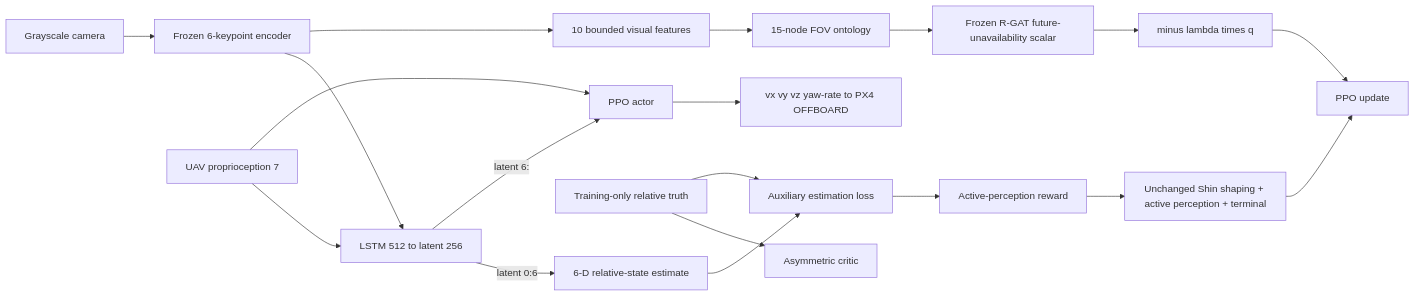
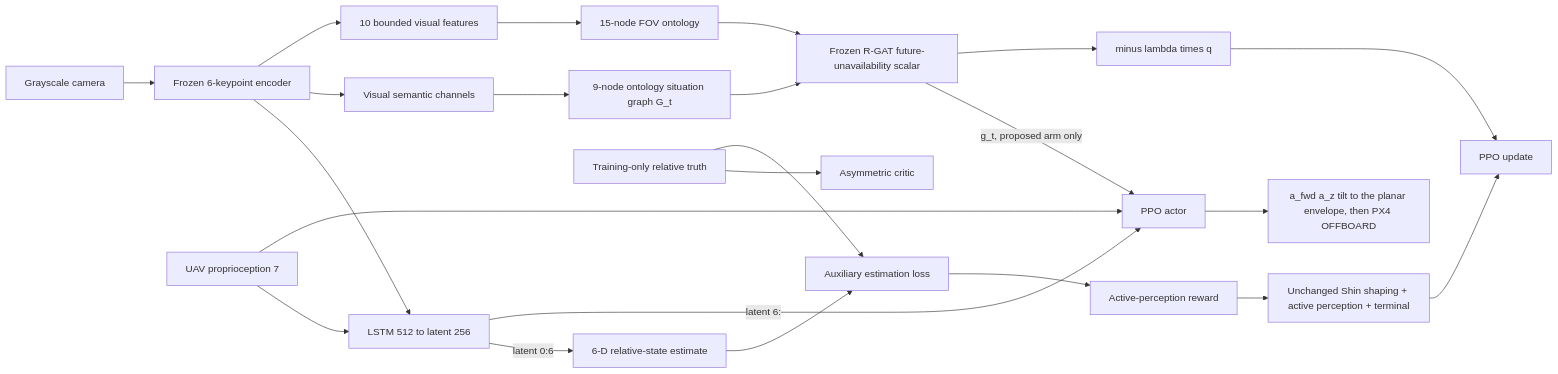
One commit to junsuk123/OntoReward-RL changed the diagram in Ontology_RGAT_UAV_RL_ISAAC_PX4/docs/SYSTEM_OVERVIEW.md. Above: the diagram before and after it, drawn with Mermaid. The commit also changed other lines of this file and 19 other files, not shown here.

````diff
--- a/Ontology_RGAT_UAV_RL_ISAAC_PX4/docs/SYSTEM_OVERVIEW.md
+++ b/Ontology_RGAT_UAV_RL_ISAAC_PX4/docs/SYSTEM_OVERVIEW.md
@@ -12,20 +21,24 @@
 ```mermaid
 flowchart LR
   CAM[Grayscale camera] --> KP[Frozen 6-keypoint encoder]
   KP --> LSTM[LSTM 512 to latent 256]
   UAV[UAV proprioception 7] --> LSTM
   LSTM -->|latent 0:6| EST[6-D relative-state estimate]
   LSTM -->|latent 6:| ACT[PPO actor]
   UAV --> ACT
-  ACT --> CMD[vx vy vz yaw-rate to PX4 OFFBOARD]
+  KP --> SEM[Visual semantic channels]
+  SEM --> GST[9-node ontology situation graph G_t]
+  GST --> RGAT[R-GAT encoder, trained by PPO]
+  RGAT -->|g_t, proposed arm only| ACT
+  ACT --> CMD[a_fwd a_z tilt to the planar envelope, then PX4 OFFBOARD]
   TRUTH[Training-only relative truth] --> CRITIC[Asymmetric critic]
   TRUTH --> AUX[Auxiliary estimation loss]
   EST --> AUX
   AUX --> ACTIVE[Active-perception reward]
   KP --> VIS[10 bounded visual features]
   VIS --> GRAPH[15-node FOV ontology]
   GRAPH --> RGAT[Frozen R-GAT future-unavailability scalar]
   BASE[Unchanged Shin shaping + active perception + terminal] --> PPO[PPO update]
   ACTIVE --> BASE
   RGAT --> ADD[minus lambda times q] --> PPO
 ```
````
